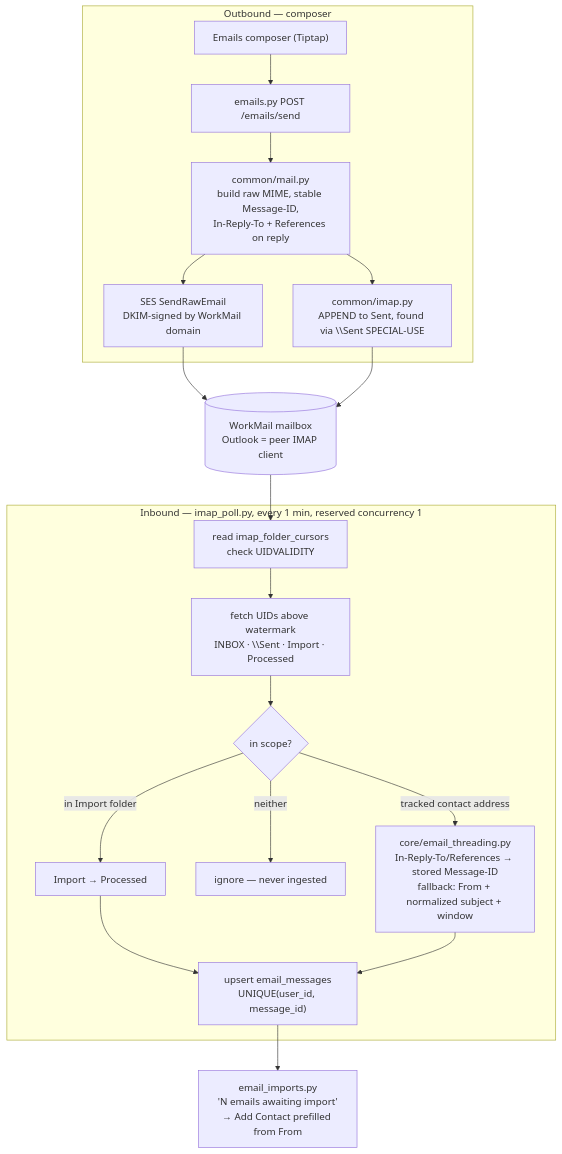
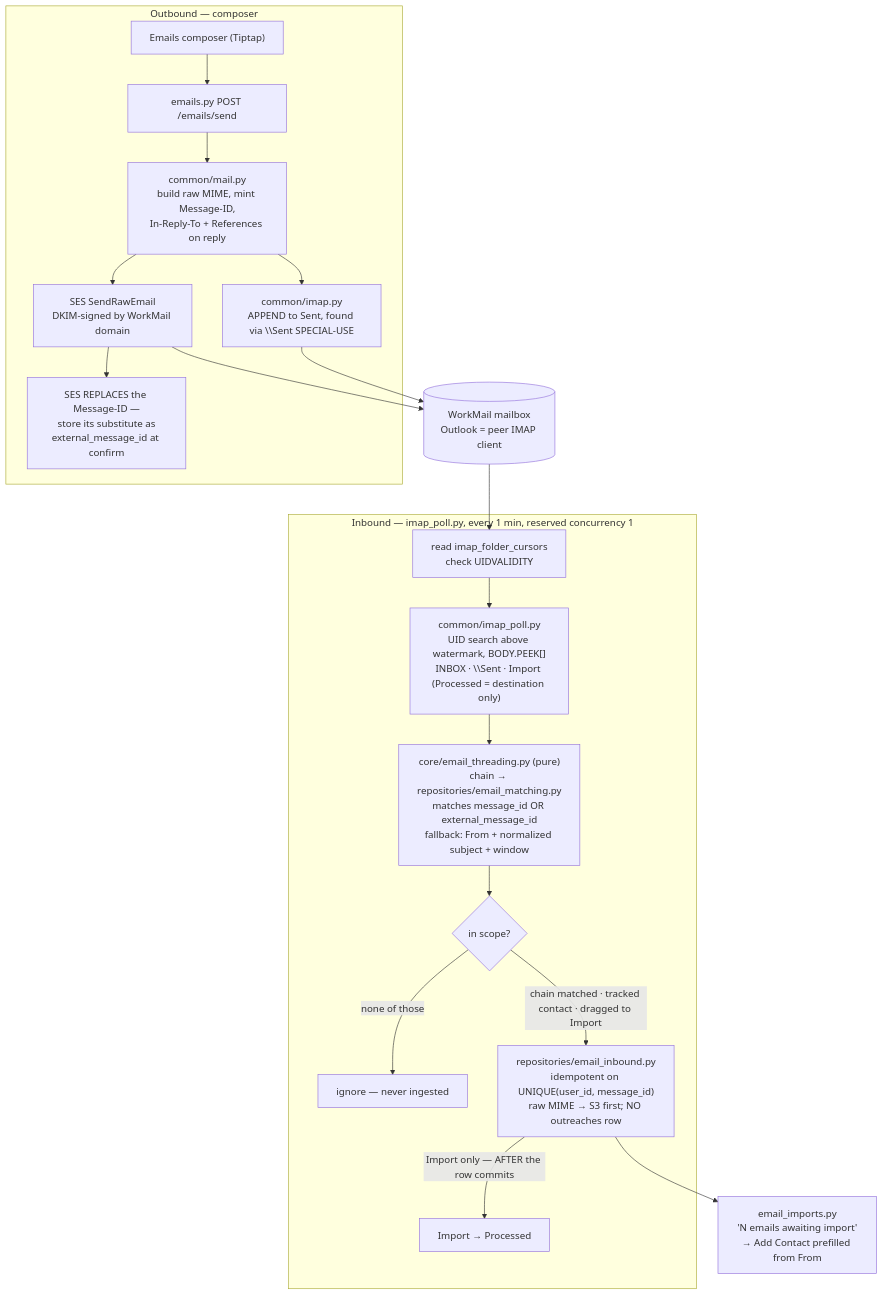
One commit to saastabp/speaker-tracker changed the third of 4 diagrams in docs/ARCHITECTURE.md. Above: the diagram before and after it, drawn with Mermaid. The commit also changed other lines of this file and 1 other file, not shown here.

First line of the commit message:
Bring DATABASE.md and ARCHITECTURE.md back in step with slice 6b

````diff
--- a/docs/ARCHITECTURE.md
+++ b/docs/ARCHITECTURE.md
@@ -277,32 +298,33 @@
 ```mermaid
 flowchart TB
     subgraph Out["Outbound — composer"]
         COMP["Emails composer (Tiptap)"]
         SEND["emails.py POST /emails/send"]
-        MIME["common/mail.py<br/>build raw MIME, stable Message-ID,<br/>In-Reply-To + References on reply"]
+        MIME["common/mail.py<br/>build raw MIME, mint Message-ID,<br/>In-Reply-To + References on reply"]
+        EXT["SES REPLACES the Message-ID —<br/>store its substitute as<br/>external_message_id at confirm"]
         SES["SES SendRawEmail<br/>DKIM-signed by WorkMail domain"]
         APPEND["common/imap.py<br/>APPEND to Sent, found via \\Sent SPECIAL-USE"]
     end
 
     subgraph Poll["Inbound — imap_poll.py, every 1 min, reserved concurrency 1"]
         CUR["read imap_folder_cursors<br/>check UIDVALIDITY"]
-        FETCH["fetch UIDs above watermark<br/>INBOX · \\Sent · Import · Processed"]
-        MATCH["core/email_threading.py<br/>In-Reply-To/References → stored Message-ID<br/>fallback: From + normalized subject + window"]
+        FETCH["common/imap_poll.py<br/>UID search above watermark, BODY.PEEK[]<br/>INBOX · \\Sent · Import (Processed = destination only)"]
+        MATCH["core/email_threading.py (pure)<br/>chain → repositories/email_matching.py<br/>matches message_id OR external_message_id<br/>fallback: From + normalized subject + window"]
         SCOPE{"in scope?"}
         DROP["ignore — never ingested"]
-        STORE["upsert email_messages<br/>UNIQUE(user_id, message_id)"]
+        STORE["repositories/email_inbound.py<br/>idempotent on UNIQUE(user_id, message_id)<br/>raw MIME → S3 first; NO outreaches row"]
         MOVE["Import → Processed"]
     end
 
     BADGE["email_imports.py<br/>'N emails awaiting import'<br/>→ Add Contact prefilled from From"]
     MBOX[("WorkMail mailbox<br/>Outlook = peer IMAP client")]
 
     COMP --> SEND --> MIME --> SES --> MBOX
+    SES --> EXT
     MIME --> APPEND --> MBOX
-    MBOX --> CUR --> FETCH --> SCOPE
-    SCOPE -->|"tracked contact address"| MATCH
-    SCOPE -->|"in Import folder"| MOVE --> STORE
-    SCOPE -->|"neither"| DROP
-    MATCH --> STORE
+    MBOX --> CUR --> FETCH --> MATCH --> SCOPE
+    SCOPE -->|"chain matched · tracked contact · dragged to Import"| STORE
+    SCOPE -->|"none of those"| DROP
+    STORE -->|"Import only — AFTER the row commits"| MOVE
     STORE --> BADGE
 ```
````
